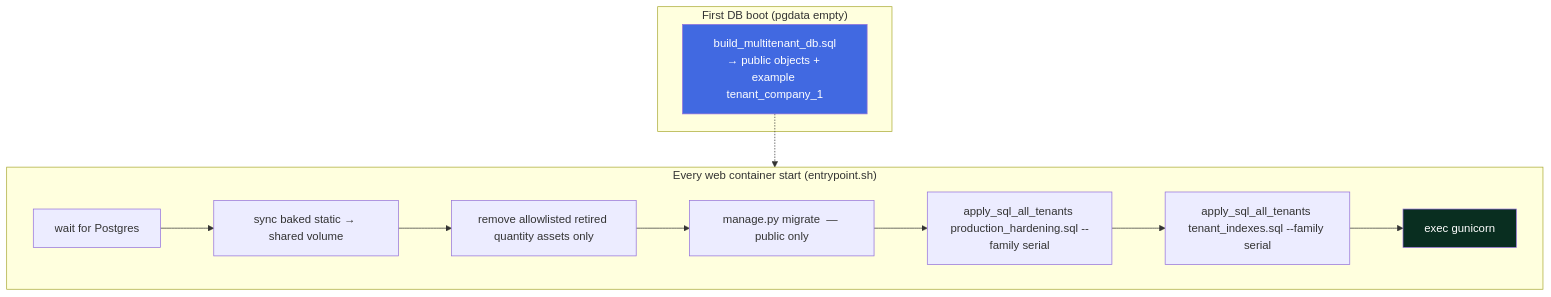
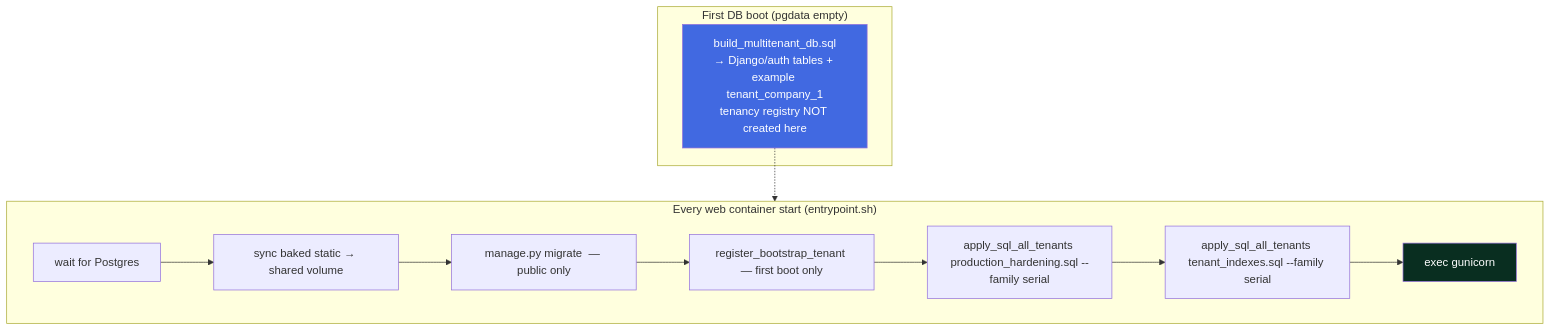
The eighth of 9 diagrams in README.md (Maaz-Bin-Haider/Financee_Multitenant_Production), drawn with Mermaid before and after one commit. The commit also changed other lines of this file and 115 other files, not shown here.

````diff
--- a/README.md
+++ b/README.md
@@ -495,17 +500,17 @@
 ```mermaid
 flowchart TB
     subgraph boot["First DB boot (pgdata empty)"]
-        SEED[build_multitenant_db.sql<br/>→ public objects + example tenant_company_1]
+        SEED[build_multitenant_db.sql<br/>→ Django/auth tables + example tenant_company_1<br/>tenancy registry NOT created here]
     end
     subgraph start["Every web container start (entrypoint.sh)"]
         W1[wait for Postgres] --> W2[sync baked static → shared volume]
-        W2 --> RS[remove allowlisted retired quantity assets only]
-        RS --> W3[manage.py migrate  — public only]
-        W3 --> W4[apply_sql_all_tenants production_hardening.sql --family serial]
+        W2 --> W3[manage.py migrate  — public only]
+        W3 --> RB[register_bootstrap_tenant — first boot only]
+        RB --> W4[apply_sql_all_tenants production_hardening.sql --family serial]
         W4 --> W5[apply_sql_all_tenants tenant_indexes.sql --family serial]
         W5 --> W6[exec gunicorn]
     end
     SEED -.-> start
     style SEED fill:#4169E1,color:#fff
     style W6 fill:#092E20,color:#fff
 ```
````
